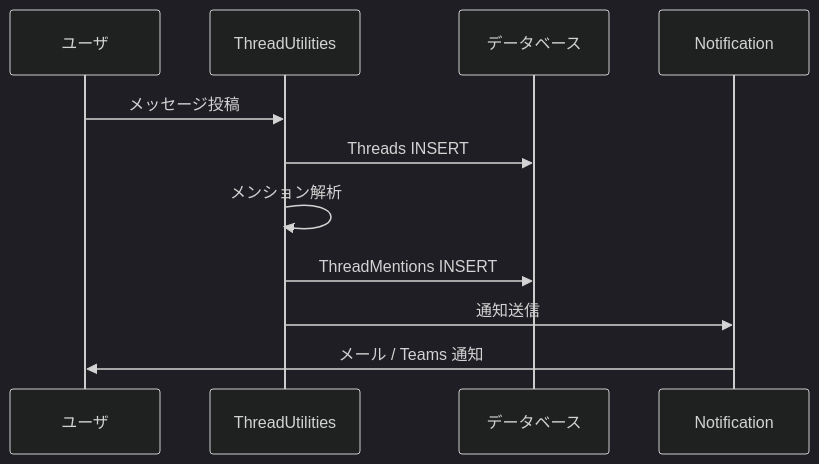
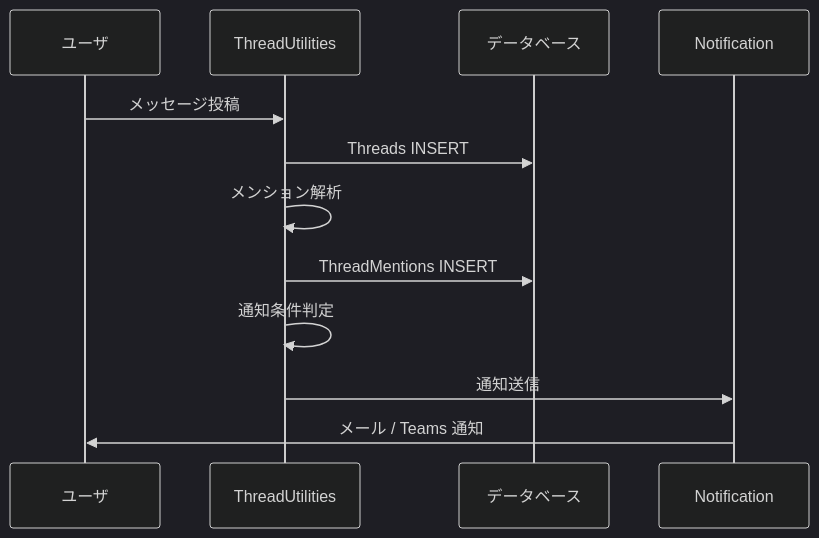
Before and after one commit to vehiclevisionjp/VehicleVision.Pleasanter.ResearchDocuments: the seventh of 13 diagrams in docs/research/16-新SiteType/001-スレッド型メッセージング機能設計.md, drawn with Mermaid (dark theme). The commit also changed other lines of this file, not shown here.

````diff
--- a/docs/research/16-新SiteType/001-スレッド型メッセージング機能設計.md
+++ b/docs/research/16-新SiteType/001-スレッド型メッセージング機能設計.md
@@ -1156,14 +1269,15 @@
 ```mermaid
 sequenceDiagram
     participant User as ユーザ
     participant Server as ThreadUtilities
     participant DB as データベース
     participant Notify as Notification
 
     User->>Server: メッセージ投稿
     Server->>DB: Threads INSERT
     Server->>Server: メンション解析
     Server->>DB: ThreadMentions INSERT
+    Server->>Server: 通知条件判定
     Server->>Notify: 通知送信
     Notify->>User: メール / Teams 通知
 ```
````
